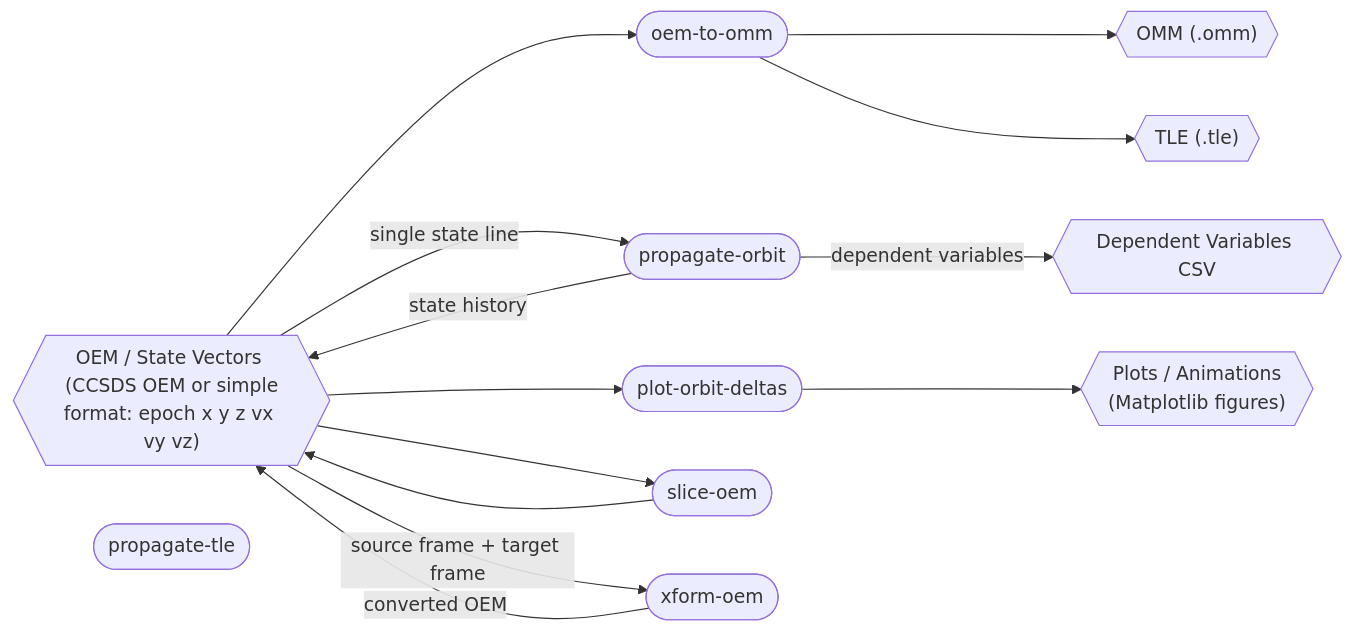
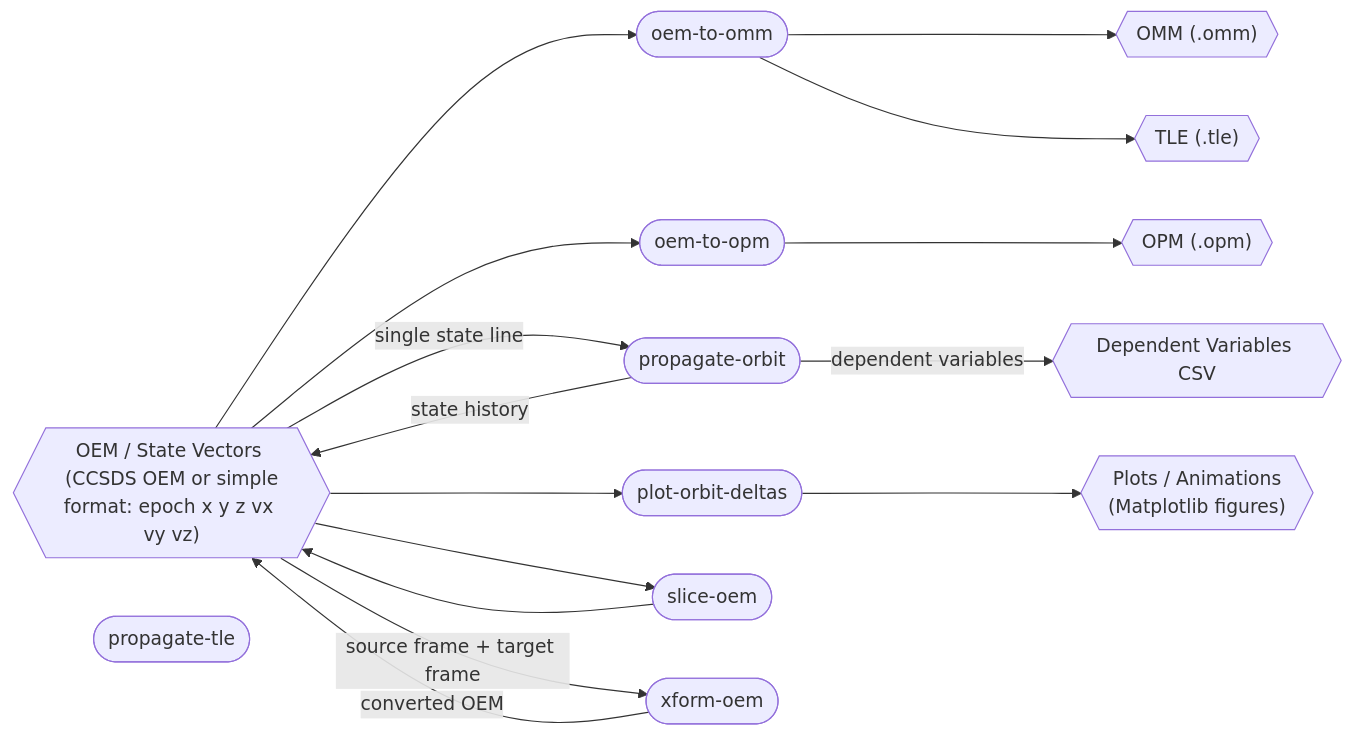
One commit to jeongyunl/ephem-toolkit changed the first of 2 diagrams in README.md. Above: the diagram before and after it, drawn with Mermaid. The commit also changed other lines of this file and 13 other files, not shown here.

First line of the commit message:
Implement OEM to OPM conversion with osculating elements fitting

````diff
--- a/README.md
+++ b/README.md
@@ -13,32 +13,36 @@
 ```mermaid
 flowchart LR
     fmt_oem{{"OEM / State Vectors <br/> (CCSDS OEM or simple format: epoch x y z vx vy vz)"}}
+    fmt_opm{{"OPM (.opm)"}}
     fmt_omm{{"OMM (.omm)"}}
     fmt_tle{{"TLE (.tle)"}}
     fmt_dep_vars_csv{{"Dependent Variables CSV"}}
     fmt_plots{{"Plots / Animations <br/> (Matplotlib figures)"}}
 
     oem_to_omm(["oem-to-omm"])
+    oem_to_opm(["oem-to-opm"])
     propagate_sat(["propagate-orbit"])
     plot_orbit_deltas(["plot-orbit-deltas"])
     slice_oem(["slice-oem"])
     xform_oem(["xform-oem"])
     propagate_tle(["propagate-tle"])
 
     fmt_oem --> oem_to_omm
     oem_to_omm --> fmt_omm
     oem_to_omm --> fmt_tle
+    fmt_oem --> oem_to_opm
+    oem_to_opm --> fmt_opm
 
     fmt_oem -->|"single state line"| propagate_sat
     propagate_sat -->|"state history"| fmt_oem
     propagate_sat -->|"dependent variables"| fmt_dep_vars_csv
 
     fmt_oem --> plot_orbit_deltas
     plot_orbit_deltas --> fmt_plots
 
     fmt_oem --> slice_oem
     slice_oem --> fmt_oem
 
     fmt_oem -->|"source frame + target frame"| xform_oem
     xform_oem -->|"converted OEM"| fmt_oem
 ```
````
